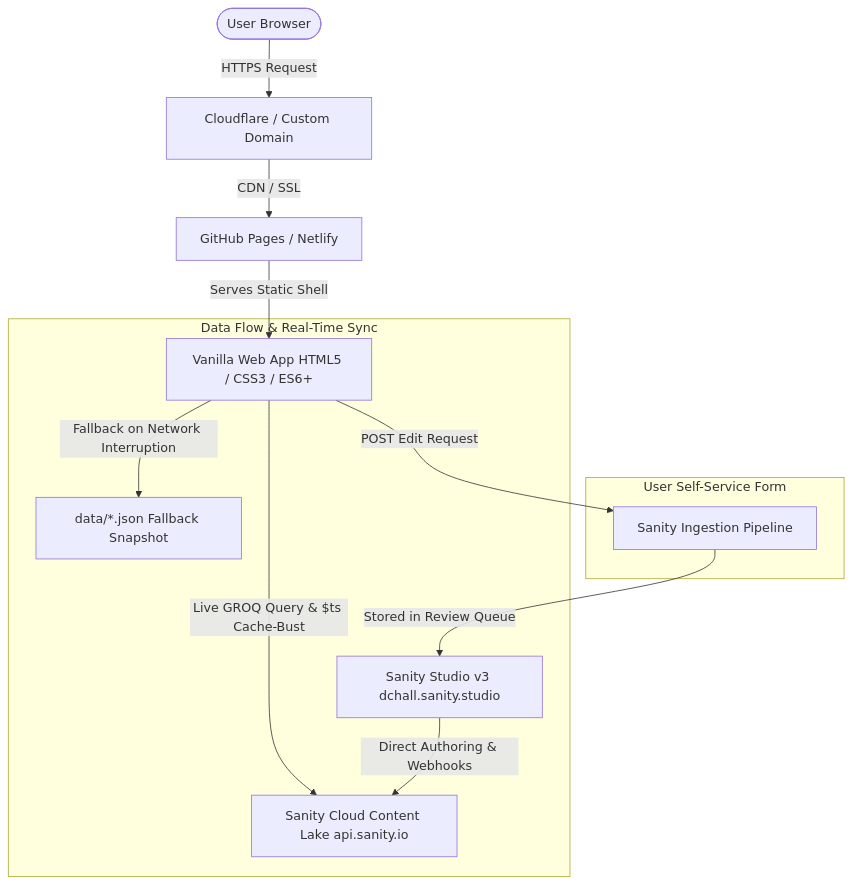
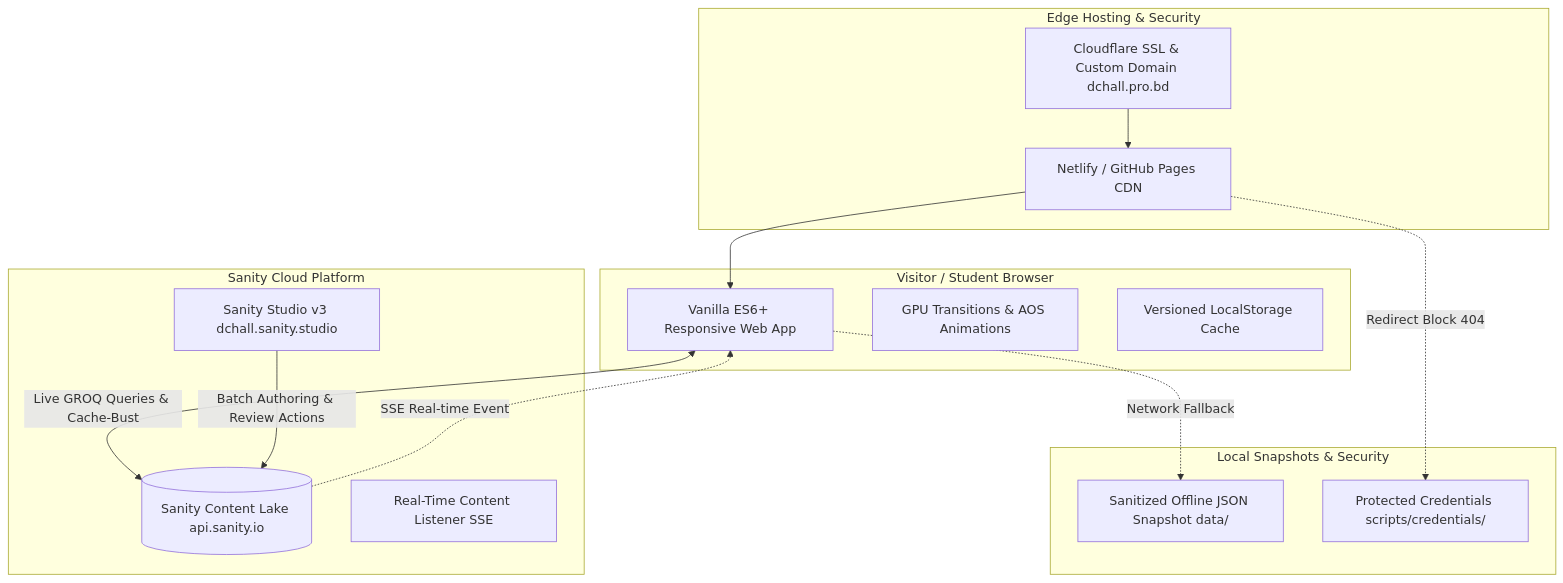
The diagram in README.md (quantelixvero/dc-hall), drawn with Mermaid before and after one commit. The commit also changed other lines of this file, not shown here.

````diff
--- a/README.md
+++ b/README.md
@@ -57,17 +33,32 @@
 ```mermaid
-graph TD
-    User([User Browser]) -->|HTTPS Request| Cloudflare[Cloudflare / Custom Domain]
-    Cloudflare -->|CDN / SSL| Hosting[GitHub Pages / Netlify]
-    Hosting -->|Serves Static Shell| ClientApp[Vanilla Web App HTML5 / CSS3 / ES6+]
-    
-    subgraph Data Flow & Real-Time Sync
-        ClientApp -->|Live GROQ Query & $ts Cache-Bust| SanityAPI[Sanity Cloud Content Lake api.sanity.io]
-        SanityStudio[Sanity Studio v3 dchall.sanity.studio] -->|Direct Authoring & Webhooks| SanityAPI
-        ClientApp -->|Fallback on Network Interruption| LocalJSON[data/*.json Fallback Snapshot]
+flowchart TD
+    subgraph Client [Visitor / Student Browser]
+        UI[Vanilla ES6+ Responsive Web App]
+        AOS[GPU Transitions & AOS Animations]
+        Cache[Versioned LocalStorage Cache]
     end
 
-    subgraph User Self-Service Form
-        ClientApp -->|POST Edit Request| EditRequestAPI[Sanity Ingestion Pipeline]
-        EditRequestAPI -->|Stored in Review Queue| SanityStudio
+    subgraph EdgeCDN [Edge Hosting & Security]
+        Netlify[Netlify / GitHub Pages CDN]
+        DNS[Cloudflare SSL & Custom Domain dchall.pro.bd]
     end
+
+    subgraph CMS [Sanity Cloud Platform]
+        Lake[(Sanity Content Lake api.sanity.io)]
+        Studio[Sanity Studio v3 dchall.sanity.studio]
+        SSE[Real-Time Content Listener SSE]
+    end
+
+    subgraph Storage [Local Snapshots & Security]
+        FallbackData[Sanitized Offline JSON Snapshot data/]
+        Creds[Protected Credentials scripts/credentials/]
+    end
+
+    DNS --> Netlify
+    Netlify --> UI
+    UI <-->|Live GROQ Queries & Cache-Bust| Lake
+    Studio -->|Batch Authoring & Review Actions| Lake
+    Lake -.->|SSE Real-time Event| UI
+    UI -.->|Network Fallback| FallbackData
+    Netlify -.->|Redirect Block 404| Creds
 ```
````
